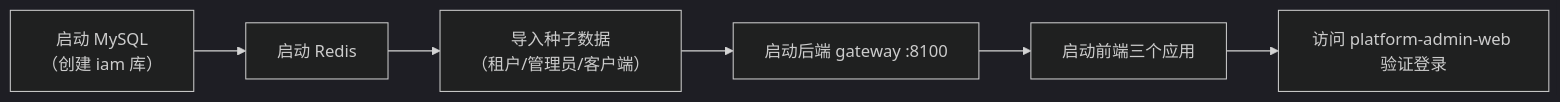
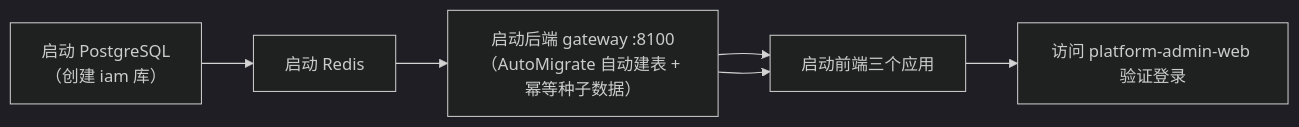
Before and after one commit to morehao/ark-iam: the first of 2 diagrams in docs/design/run-and-deploy.md, drawn with Mermaid (dark theme). The commit also changed other lines of this file and 287 other files, not shown here.

First line of the commit message:
feat: migrate to string-ID primary keys with PostgreSQL support (#35)

````diff
--- a/docs/design/run-and-deploy.md
+++ b/docs/design/run-and-deploy.md
@@ -71,8 +71,8 @@
 ```mermaid
 flowchart LR
-    MYSQL["启动 MySQL<br/>（创建 iam 库）"] --> REDIS["启动 Redis"]
-    REDIS --> SEED["导入种子数据<br/>（租户/管理员/客户端）"]
-    SEED --> BE["启动后端 gateway :8100"]
+    PG["启动 PostgreSQL<br/>（创建 iam 库）"] --> REDIS["启动 Redis"]
+    REDIS --> BE["启动后端 gateway :8100<br/>（AutoMigrate 自动建表 + 幂等种子数据）"]
+    BE --> FE["启动前端三个应用"]
     BE --> FE["启动前端三个应用"]
     FE --> TEST["访问 platform-admin-web 验证登录"]
 ```
````
